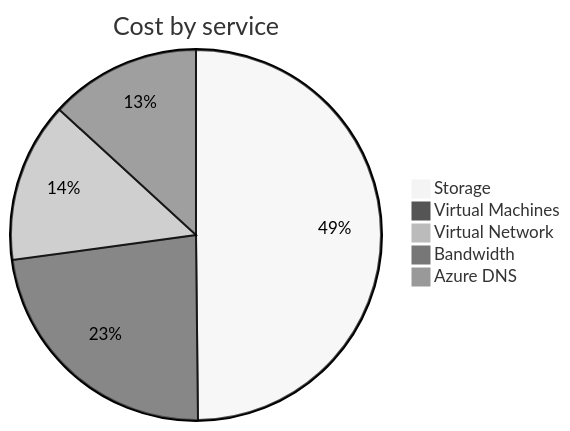
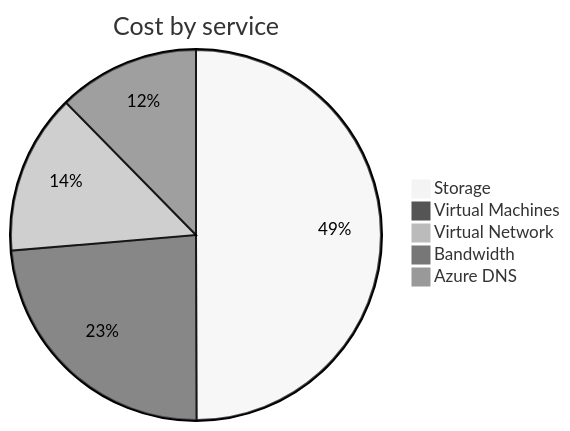
The second of 4 diagrams in cost-reports/personal-network/README.md (jpfulton/azure-personal-reports), drawn with Mermaid (neutral theme) before and after one commit. The commit also changed other lines of this file and 8 other files, not shown here.

````diff
--- a/cost-reports/personal-network/README.md
+++ b/cost-reports/personal-network/README.md
@@ -99,9 +99,9 @@
 ```mermaid
 pie
    title Cost by service
-   "Storage" : 10.24
-   "Virtual Machines" : 4.73
-   "Virtual Network" : 2.87
+   "Storage" : 10.96
+   "Virtual Machines" : 5.20
+   "Virtual Network" : 3.07
    "Bandwidth" : 2.71
-   "Azure DNS" : 0.19
+   "Azure DNS" : 0.21
 ```
````
